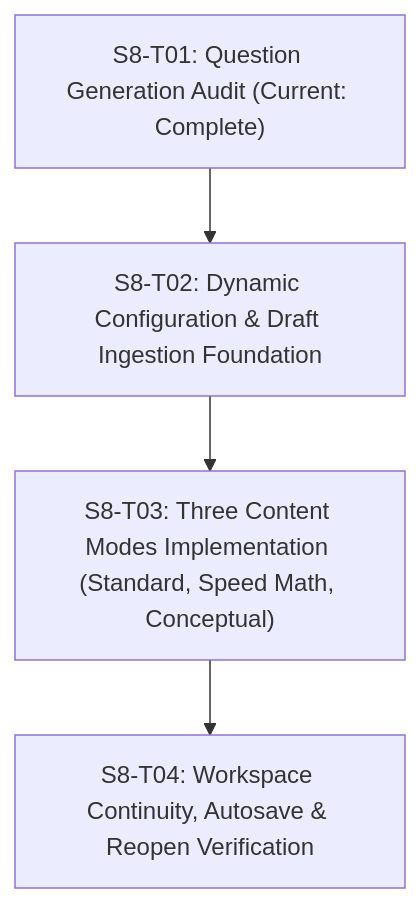
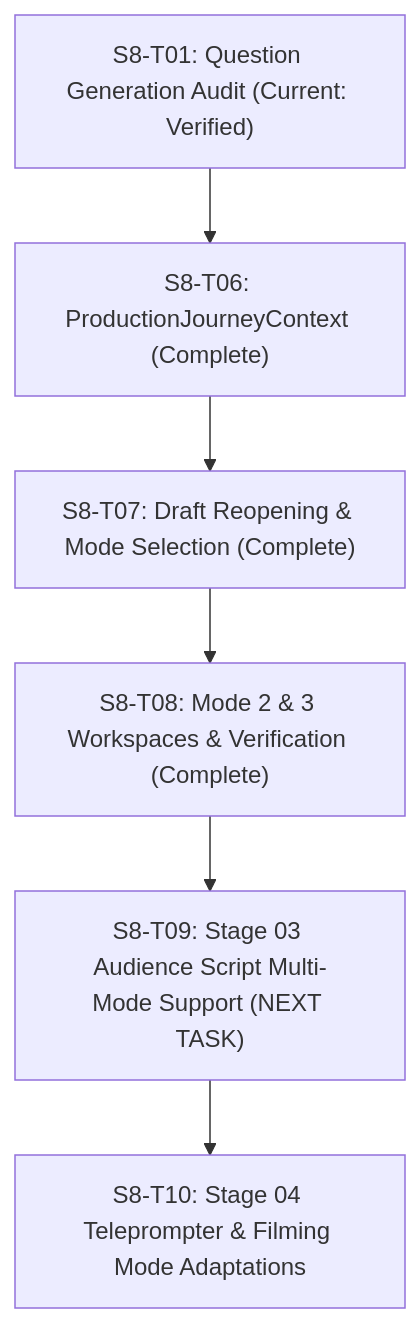
The second of 2 diagrams in docs/sprints/sprint-08/S8-T01-QUESTION-GENERATION-AUDIT.md (Jithendranageswarareddy/burra_pariksha_cms), drawn with Mermaid before and after one commit. The commit also changed other lines of this file, not shown here.

Commit message:
docs(sprint-08): reconcile S8-T01 question generation audit with current codebase

````diff
--- a/docs/sprints/sprint-08/S8-T01-QUESTION-GENERATION-AUDIT.md
+++ b/docs/sprints/sprint-08/S8-T01-QUESTION-GENERATION-AUDIT.md
@@ -349,6 +362,8 @@
 ```mermaid
 graph TD
-    S8T01["S8-T01: Question Generation Audit (Current: Complete)"] --> S8T02["S8-T02: Dynamic Configuration & Draft Ingestion Foundation"]
-    S8T02 --> S8T03["S8-T03: Three Content Modes Implementation (Standard, Speed Math, Conceptual)"]
-    S8T03 --> S8T04["S8-T04: Workspace Continuity, Autosave & Reopen Verification"]
+    S8T01["S8-T01: Question Generation Audit (Current: Verified)"] --> S8T06["S8-T06: ProductionJourneyContext (Complete)"]
+    S8T06 --> S8T07["S8-T07: Draft Reopening & Mode Selection (Complete)"]
+    S8T07 --> S8T08["S8-T08: Mode 2 & 3 Workspaces & Verification (Complete)"]
+    S8T08 --> S8T09["S8-T09: Stage 03 Audience Script Multi-Mode Support (NEXT TASK)"]
+    S8T09 --> S8T10["S8-T10: Stage 04 Teleprompter & Filming Mode Adaptations"]
 ```
````
